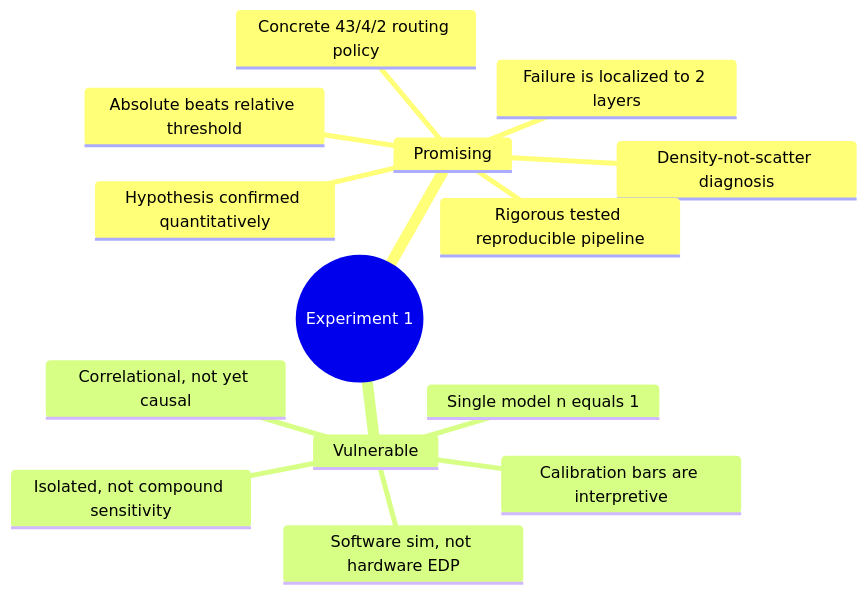
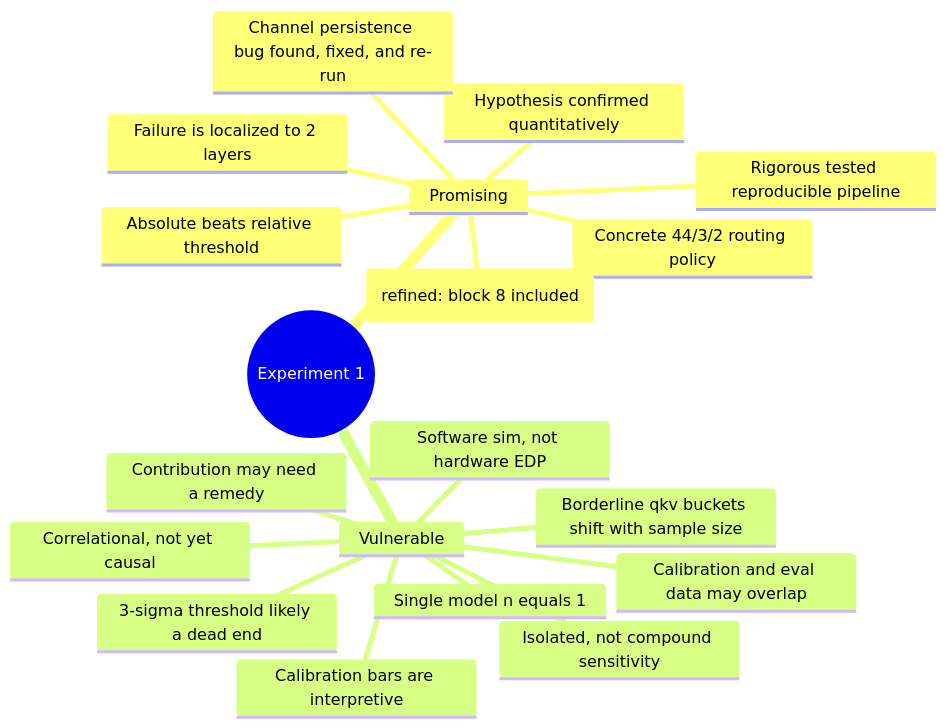
Before and after one commit to dmihovch/ViT-Quantization-Summer-Scholars: the diagram in docs/advisor-touchpoint-guide.md, drawn with Mermaid. The commit also changed other lines of this file and 12 other files, not shown here.

````diff
--- a/docs/advisor-touchpoint-guide.md
+++ b/docs/advisor-touchpoint-guide.md
@@ -218,17 +709,22 @@
 ```mermaid
 mindmap
   root((Experiment 1))
     Promising
       Hypothesis confirmed quantitatively
       Failure is localized to 2 layers
-      Concrete 43/4/2 routing policy
-      Density-not-scatter diagnosis
+      Concrete 44/3/2 routing policy
+      Density-not-scatter diagnosis (refined: block 8 included)
       Absolute beats relative threshold
       Rigorous tested reproducible pipeline
+      Channel persistence bug found, fixed, and re-run
     Vulnerable
       Correlational, not yet causal
       Software sim, not hardware EDP
       Isolated, not compound sensitivity
       Calibration bars are interpretive
+      3-sigma threshold likely a dead end
+      Calibration and eval data may overlap
+      Borderline qkv buckets shift with sample size
       Single model n equals 1
+      Contribution may need a remedy
 ```
````
